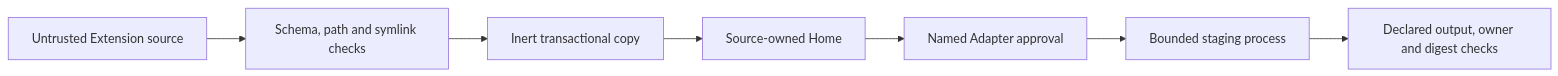
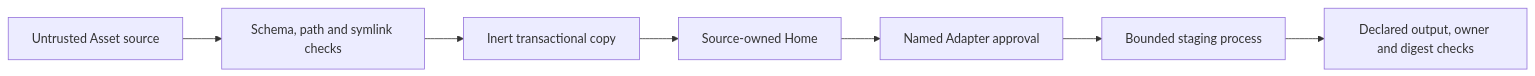
Before and after one commit to thevzion/hairness: the diagram in SECURITY.md, drawn with Mermaid. The commit also changed other lines of this file and 33 other files, not shown here.

````diff
--- a/SECURITY.md
+++ b/SECURITY.md
@@ -10,9 +10,9 @@
 ```mermaid
 flowchart LR
-  source["Untrusted Extension source"] --> validate["Schema, path and symlink checks"]
+  source["Untrusted Asset source"] --> validate["Schema, path and symlink checks"]
   validate --> copy["Inert transactional copy"]
   copy --> home["Source-owned Home"]
   home --> consent["Named Adapter approval"]
   consent --> stage["Bounded staging process"]
   stage --> promote["Declared output, owner and digest checks"]
 ```
````
